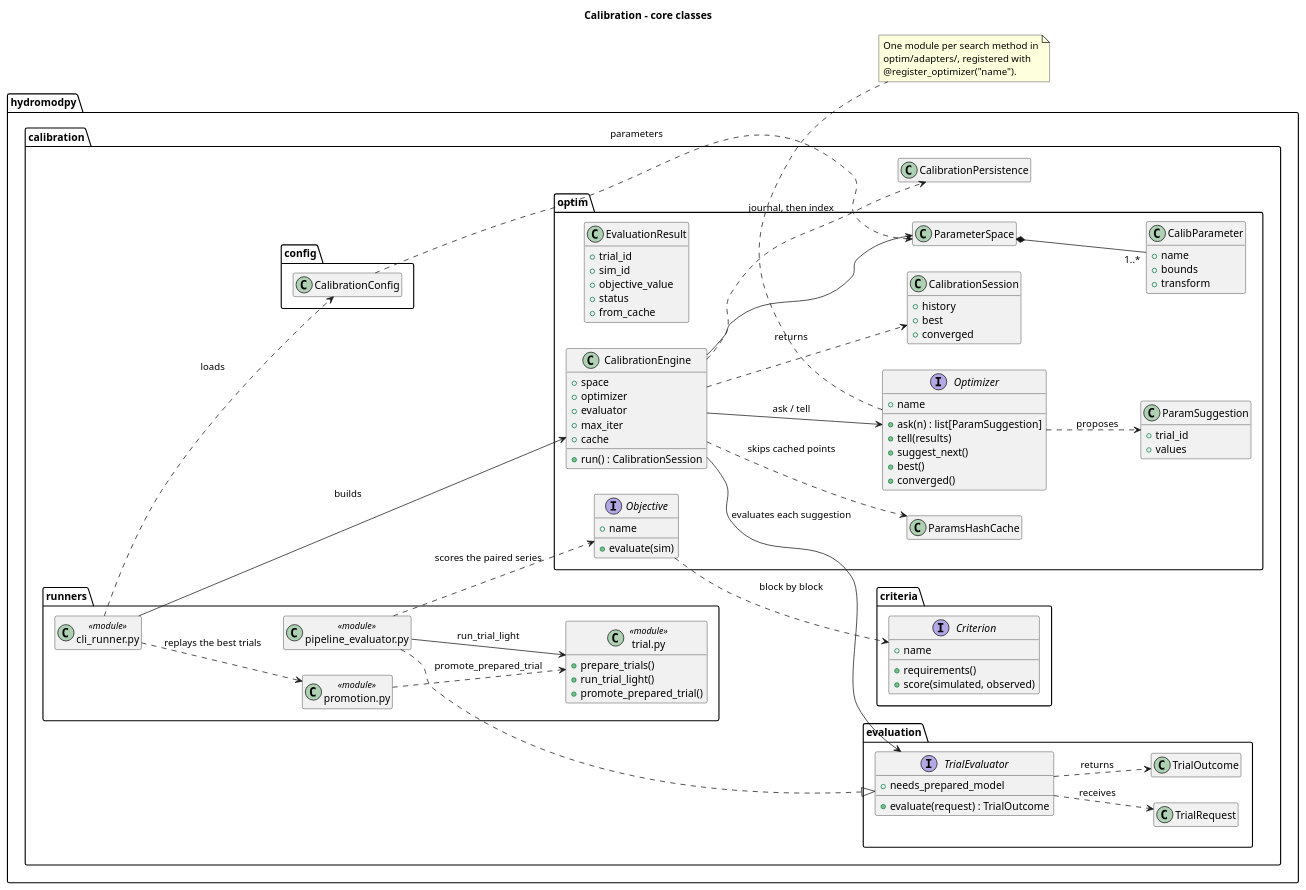
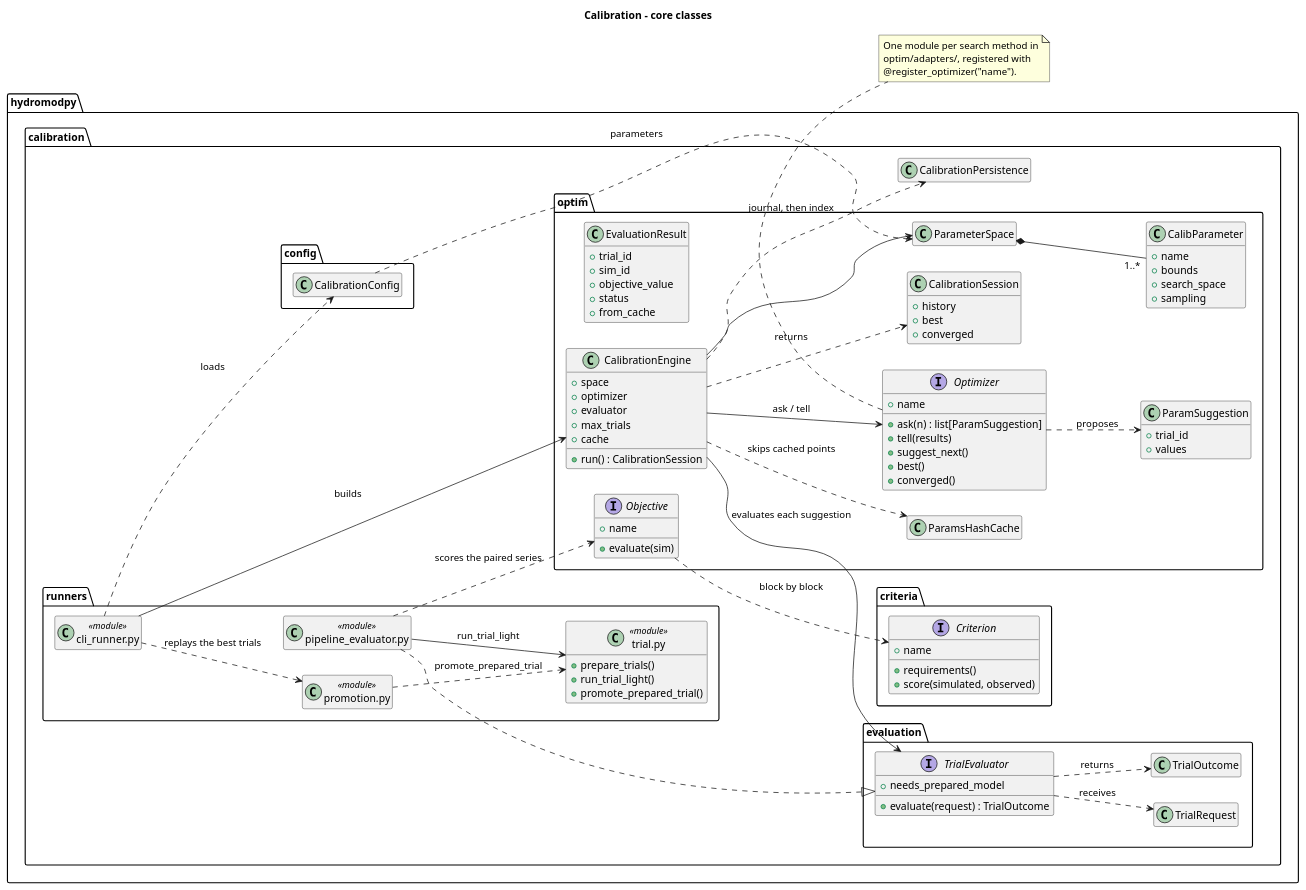
The diagram in docs/source/contribute/architecture/calibration/diagrams/calibration_classes.wsd (HydroModPy/HydroModPy), drawn with PlantUML before and after one commit. The commit also changed 323 other files, not shown here.

```diff
--- a/docs/source/contribute/architecture/calibration/diagrams/calibration_classes.wsd
+++ b/docs/source/contribute/architecture/calibration/diagrams/calibration_classes.wsd
@@ -1,120 +1,121 @@
 @startuml
 title Calibration - core classes
 left to right direction
 hide empty members
 
 package "hydromodpy.calibration.config" {
   class CalibrationConfig
 }
 
 package "hydromodpy.calibration.optim" {
   class ParameterSpace
   class CalibParameter {
     +name
     +bounds
-    +transform
+    +search_space
+    +sampling
   }
 
   interface Optimizer {
     +name
     +ask(n) : list[ParamSuggestion]
     +tell(results)
     +suggest_next()
     +best()
     +converged()
   }
 
   class ParamSuggestion {
     +trial_id
     +values
   }
 
   class EvaluationResult {
     +trial_id
     +sim_id
     +objective_value
     +status
     +from_cache
   }
 
   class CalibrationEngine {
     +space
     +optimizer
     +evaluator
-    +max_iter
+    +max_trials
     +cache
     +run() : CalibrationSession
   }
 
   class CalibrationSession {
     +history
     +best
     +converged
   }
 
   class ParamsHashCache
 
   interface Objective {
     +name
     +evaluate(sim)
   }
 }
 
 package "hydromodpy.calibration.evaluation" {
   interface TrialEvaluator {
     +needs_prepared_model
     +evaluate(request) : TrialOutcome
   }
   class TrialRequest
   class TrialOutcome
 }
 
 package "hydromodpy.calibration.criteria" {
   interface Criterion {
     +name
     +requirements()
     +score(simulated, observed)
   }
 }
 
 package "hydromodpy.calibration.runners" {
   class "pipeline_evaluator.py" as PipelineEvaluator <<module>>
   class "trial.py" as TrialModule <<module>> {
     +prepare_trials()
     +run_trial_light()
     +promote_prepared_trial()
   }
   class "cli_runner.py" as CliRunner <<module>>
   class "promotion.py" as Promotion <<module>>
 }
 
 package "hydromodpy.calibration" {
   class CalibrationPersistence
 }
 
 CalibrationConfig ..> ParameterSpace : parameters
 ParameterSpace *-- "1..*" CalibParameter
 CliRunner ..> CalibrationConfig : loads
 CliRunner --> CalibrationEngine : builds
 CalibrationEngine --> ParameterSpace
 CalibrationEngine --> Optimizer : ask / tell
 CalibrationEngine --> TrialEvaluator : evaluates each suggestion
 CalibrationEngine ..> ParamsHashCache : skips cached points
 CalibrationEngine ..> CalibrationPersistence : journal, then index
 CalibrationEngine ..> CalibrationSession : returns
 Optimizer ..> ParamSuggestion : proposes
 TrialEvaluator ..> TrialRequest : receives
 TrialEvaluator ..> TrialOutcome : returns
 PipelineEvaluator ..|> TrialEvaluator
 PipelineEvaluator --> TrialModule : run_trial_light
 PipelineEvaluator ..> Objective : scores the paired series
 Objective ..> Criterion : block by block
 CliRunner ..> Promotion : replays the best trials
 Promotion ..> TrialModule : promote_prepared_trial
 
 note bottom of Optimizer
 One module per search method in
 optim/adapters/, registered with
 @register_optimizer("name").
 end note
 @enduml
```
